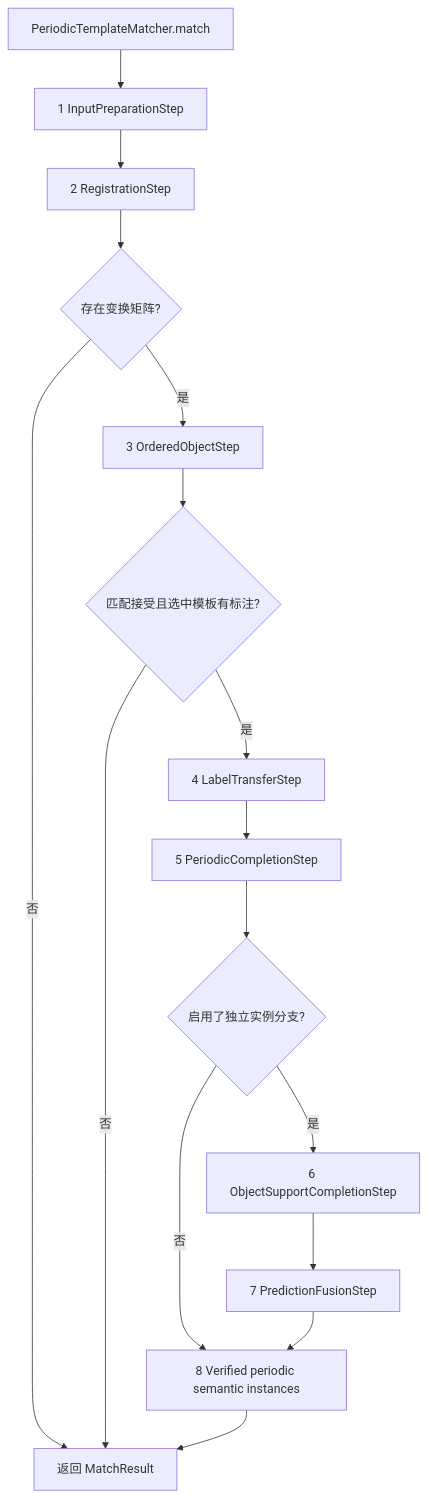
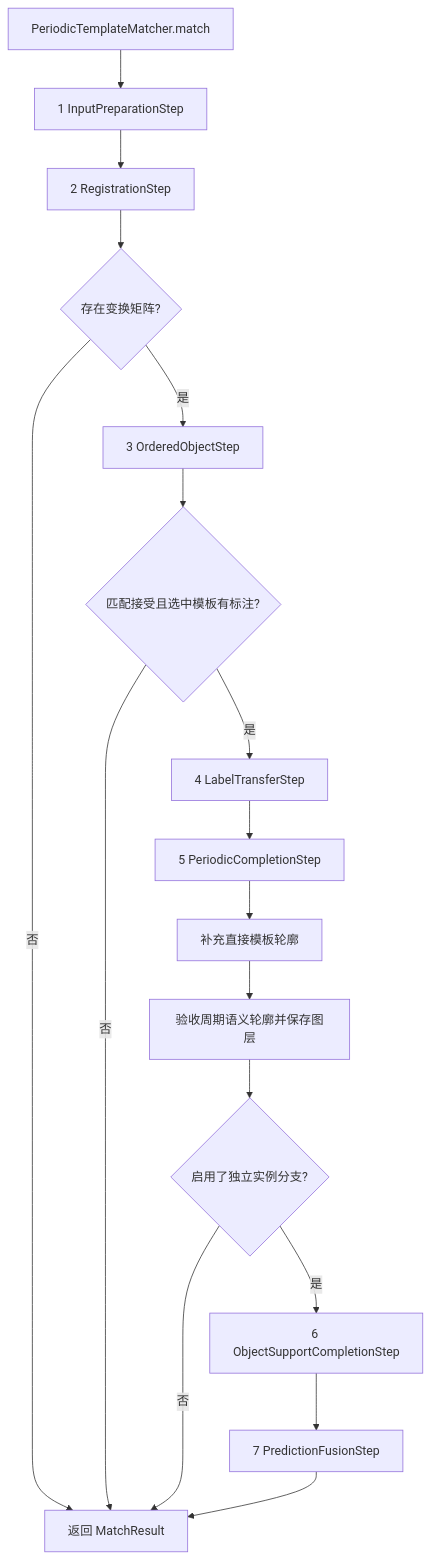
Before and after one commit to babywakeup/code_judge: the diagram in periodic_template_matcher/ARCHITECTURE.md, drawn with Mermaid. The commit also changed other lines of this file and 31 other files, not shown here.

````diff
--- a/periodic_template_matcher/ARCHITECTURE.md
+++ b/periodic_template_matcher/ARCHITECTURE.md
@@ -65,18 +71,19 @@
 ```mermaid
 flowchart TD
     API[PeriodicTemplateMatcher.match] --> Prepare[1 InputPreparationStep]
     Prepare --> Register[2 RegistrationStep]
     Register --> Geometry{存在变换矩阵?}
     Geometry -- 否 --> Return[返回 MatchResult]
     Geometry -- 是 --> Objects[3 OrderedObjectStep]
     Objects --> Accepted{匹配接受且选中模板有标注?}
     Accepted -- 否 --> Return
     Accepted -- 是 --> Transfer[4 LabelTransferStep]
     Transfer --> Periodic[5 PeriodicCompletionStep]
-    Periodic --> Located{启用了独立实例分支?}
-    Located -- 否 --> Interior[8 Verified periodic semantic instances]
+    Periodic --> Direct[补充直接模板轮廓]
+    Direct --> Interior[验收周期语义轮廓并保存图层]
+    Interior --> Located{启用了独立实例分支?}
+    Located -- 否 --> Return
     Located -- 是 --> Support[6 ObjectSupportCompletionStep]
     Support --> Fusion[7 PredictionFusionStep]
-    Fusion --> Interior
-    Interior --> Return
+    Fusion --> Return
 ```
````
